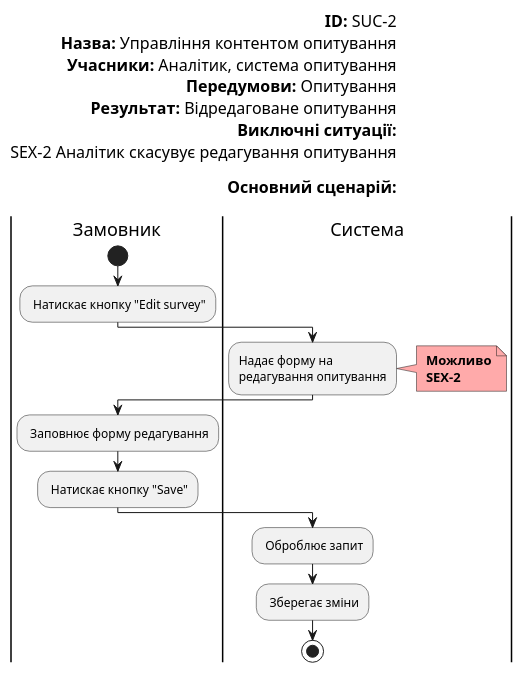
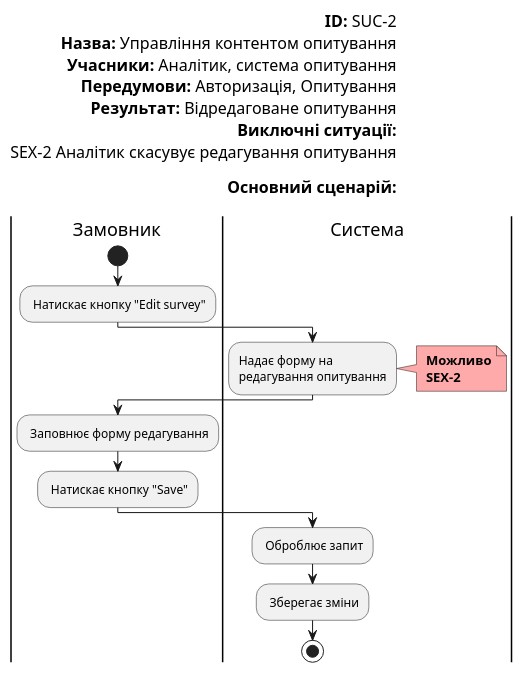
One commit to JenyaFTW/expert-management-system changed the tenth of 14 diagrams in docs/use cases/README.md. Above: the diagram before and after it, drawn with PlantUML. The commit also changed other lines of this file, not shown here.

```diff
--- a/docs/use cases/README.md
+++ b/docs/use cases/README.md
@@ -418,36 +418,36 @@
 @startuml
 
     left header
         <font color=000 size=16><b>ID:</b> SUC-2
         <font color=000 size=16><b>Назва:</b> Управління контентом опитування
         <font color=000 size=16><b>Учасники:</b> Аналітик, система опитування
-        <font color=000 size=16><b>Передумови:</b> Опитування
+        <font color=000 size=16><b>Передумови:</b> Авторизація, Опитування
         <font color=000 size=16><b>Результат:</b> Відредаговане опитування 
         <font color=000 size=16><b>Виключні ситуації:</b>
         <font color=000 size=16> SEX-2 Аналітик скасувує редагування опитування
         
         <font color=000 size=16><b>Основний сценарій:</b>
         
     end header
 
     |Замовник|
         start
         : Натискає кнопку "Edit survey";
     |Система|
         :Надає форму на
         редагування опитування;
         note right #ffaaaa
         <b> Можливо
         <b> SEX-2
         end note
         
     |Замовник|
         : Заповнює форму редагування;
         : Натискає кнопку "Save";
         
     |Система|
         : Оброблює запит;
         : Зберегає зміни;
         stop;
 
 @enduml    
```
